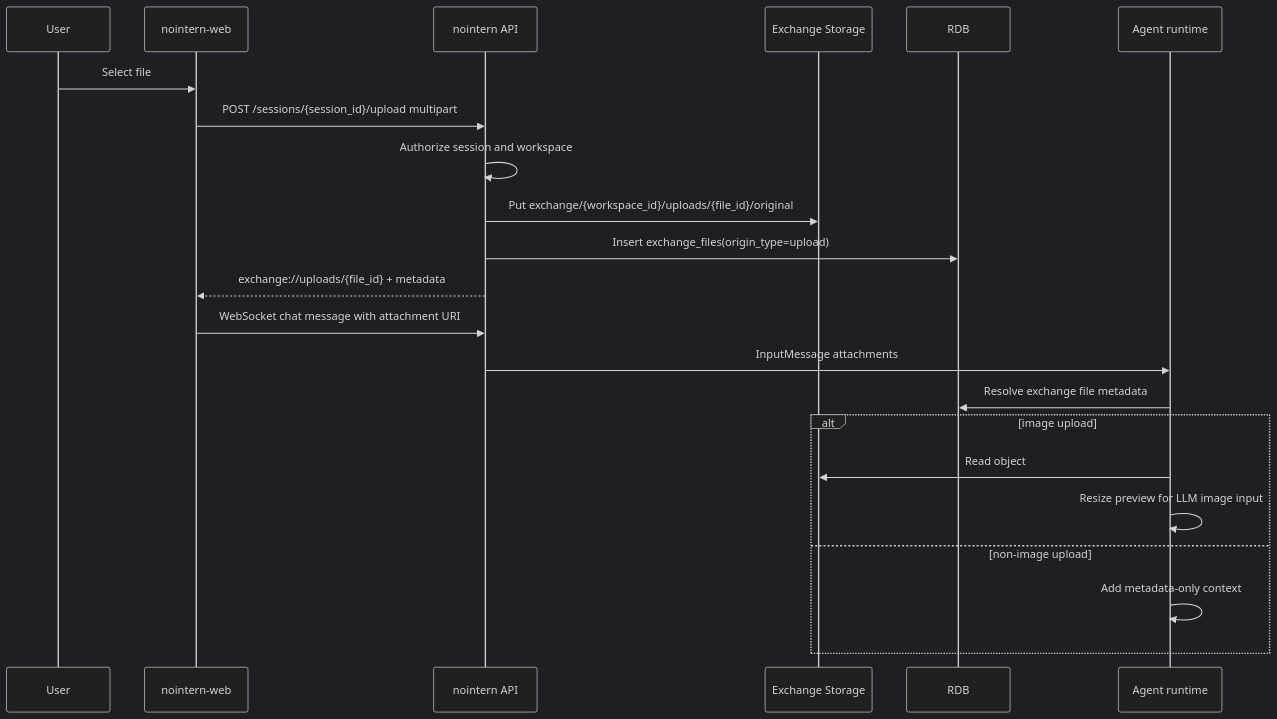
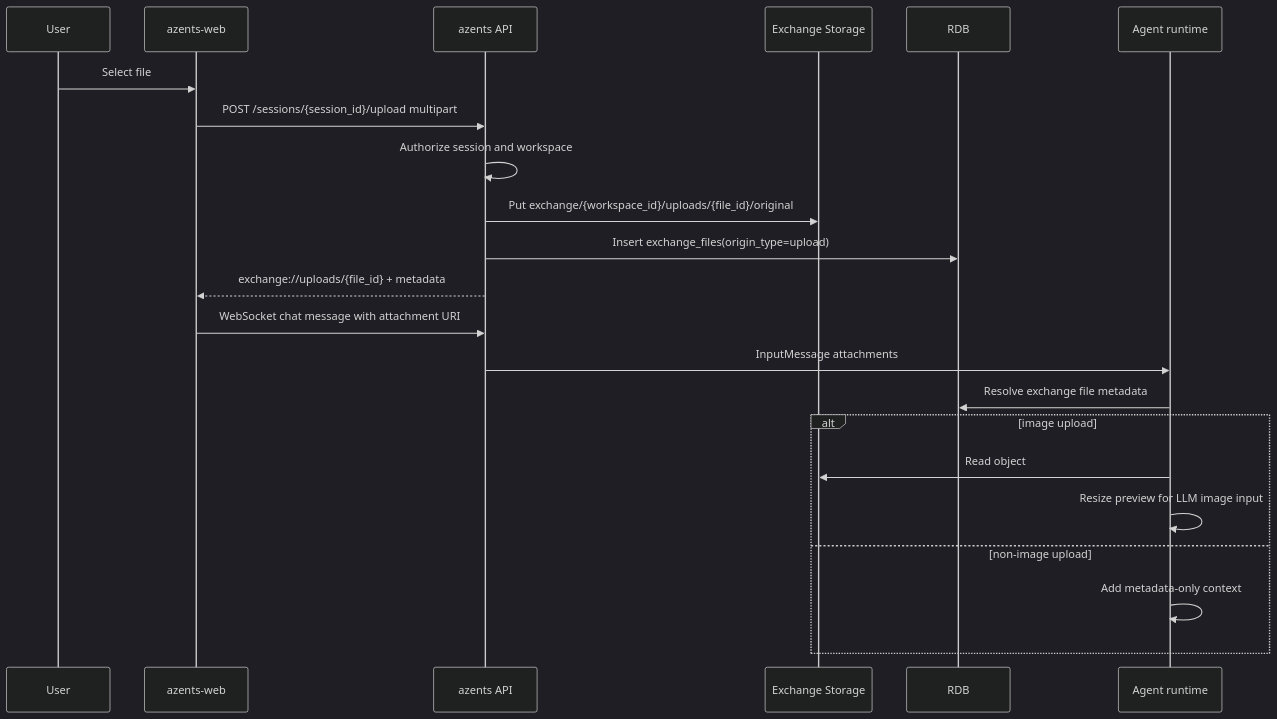
One commit to azents/azents changed the second of 8 diagrams in docs/azents/design/file-260505-file-exchange.md. Above: the diagram before and after it, drawn with Mermaid (dark theme). The commit also changed other lines of this file and 245 other files, not shown here.

````diff
--- a/docs/azents/design/file-260505-file-exchange.md
+++ b/docs/azents/design/file-260505-file-exchange.md
@@ -98,25 +98,25 @@
 ```mermaid
 sequenceDiagram
     participant User as User
-    participant Web as nointern-web
-    participant API as nointern API
+    participant Web as azents-web
+    participant API as azents API
     participant S3 as Exchange Storage
     participant DB as RDB
     participant Engine as Agent runtime
 
     User->>Web: Select file
     Web->>API: POST /sessions/{session_id}/upload multipart
     API->>API: Authorize session and workspace
     API->>S3: Put exchange/{workspace_id}/uploads/{file_id}/original
     API->>DB: Insert exchange_files(origin_type=upload)
     API-->>Web: exchange://uploads/{file_id} + metadata
     Web->>API: WebSocket chat message with attachment URI
     API->>Engine: InputMessage attachments
     Engine->>DB: Resolve exchange file metadata
     alt image upload
         Engine->>S3: Read object
         Engine->>Engine: Resize preview for LLM image input
     else non-image upload
         Engine->>Engine: Add metadata-only context
     end
 ```
````
